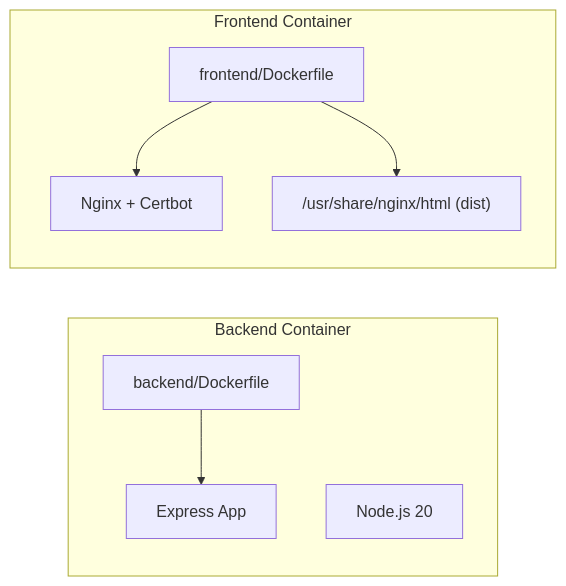
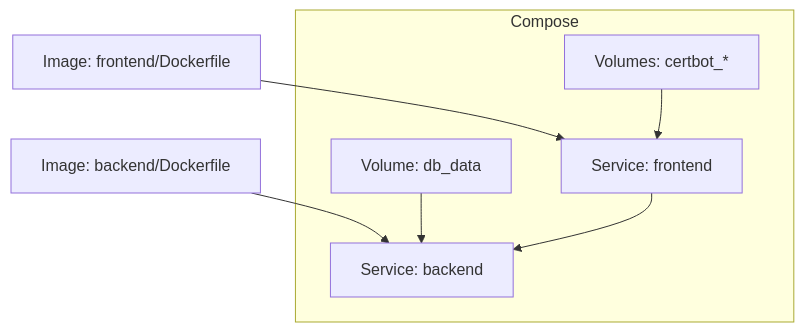
Before and after one commit to cheesiong/WC26-qwen: the seventh of 8 diagrams in .qoder/repowiki/en/content/Project Overview/Technology Stack.md, drawn with Mermaid. The commit also changed other lines of this file and 181 other files, not shown here.

````diff
--- a/.qoder/repowiki/en/content/Project Overview/Technology Stack.md
+++ b/.qoder/repowiki/en/content/Project Overview/Technology Stack.md
@@ -233,16 +397,16 @@
 ```mermaid
-graph LR
-subgraph "Backend Container"
-B_Docker["backend/Dockerfile"]
-B_Node["Node.js 20"]
-B_App["Express App"]
+graph TB
+subgraph "Compose"
+SVC_BE["Service: backend"]
+SVC_FE["Service: frontend"]
+VOL_DB["Volume: db_data"]
+VOL_CERT["Volumes: certbot_*"]
 end
-subgraph "Frontend Container"
-F_Docker["frontend/Dockerfile"]
-F_Nginx["Nginx + Certbot"]
-F_Dist["/usr/share/nginx/html (dist)"]
-end
-B_Docker --> B_App
-F_Docker --> F_Nginx
-F_Docker --> F_Dist
+IMG_BE["Image: backend/Dockerfile"]
+IMG_FE["Image: frontend/Dockerfile"]
+IMG_BE --> SVC_BE
+IMG_FE --> SVC_FE
+VOL_DB --> SVC_BE
+VOL_CERT --> SVC_FE
+SVC_FE --> SVC_BE
 ```
````
